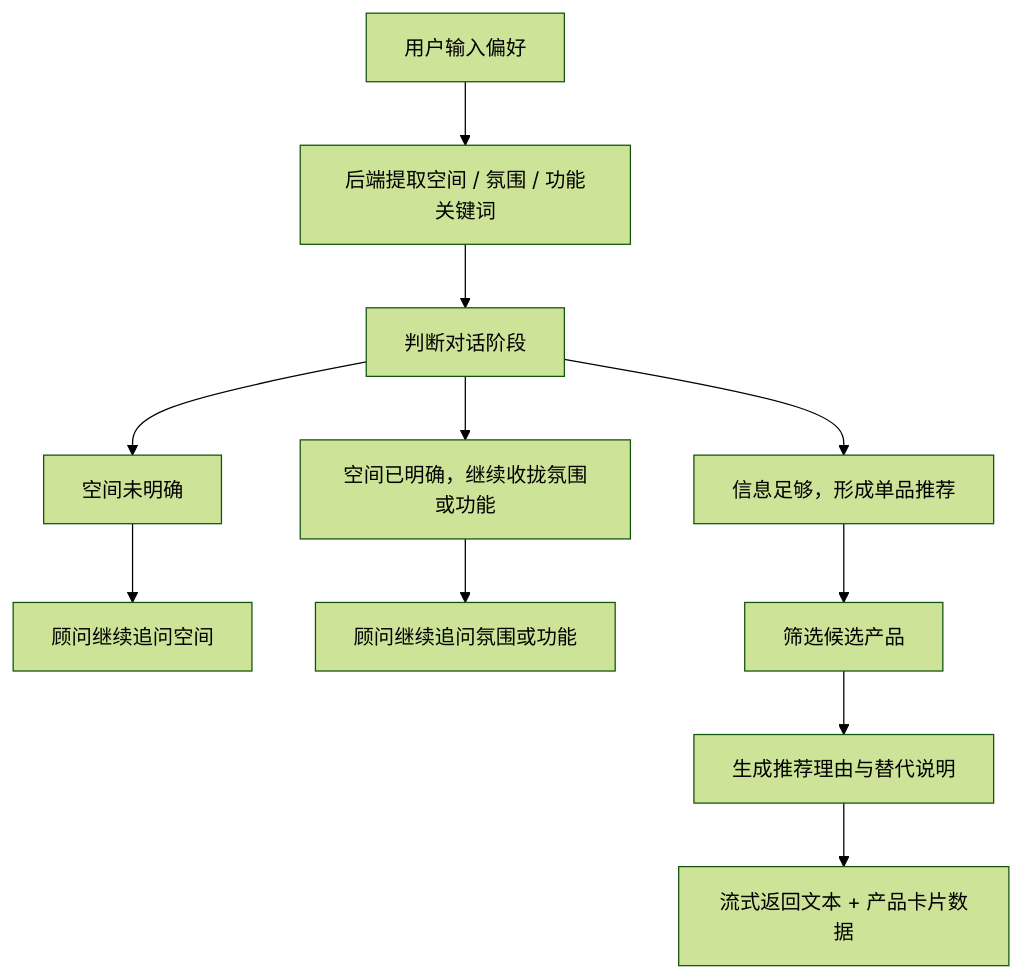
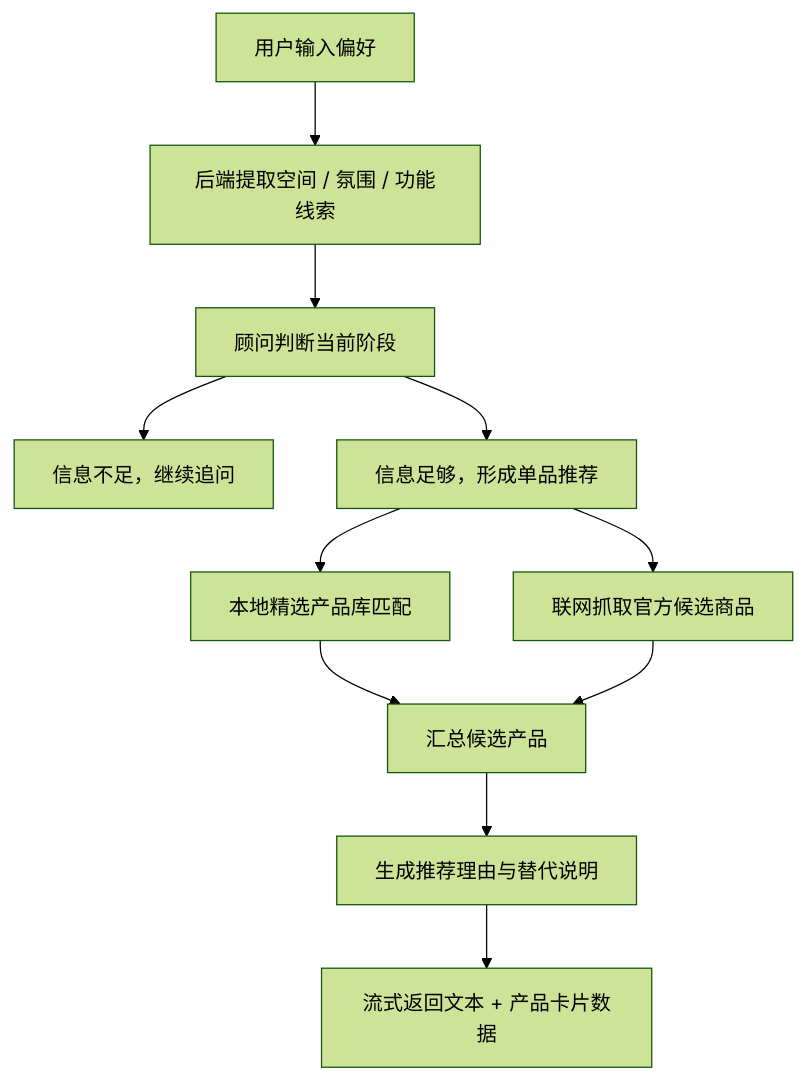
One commit to bol609619914-design/Retail-AI-Agent changed the second of 2 diagrams in README.md. Above: the diagram before and after it, drawn with Mermaid (forest theme). The commit also changed other lines of this file and 4 other files, not shown here.

````diff
--- a/README.md
+++ b/README.md
@@ -95,13 +98,13 @@
 ```mermaid
 flowchart TD
-    A["用户输入偏好"] --> B["后端提取空间 / 氛围 / 功能关键词"]
-    B --> C["判断对话阶段"]
-    C --> D["空间未明确"]
-    C --> E["空间已明确，继续收拢氛围或功能"]
-    C --> F["信息足够，形成单品推荐"]
-    D --> G["顾问继续追问空间"]
-    E --> H["顾问继续追问氛围或功能"]
-    F --> I["筛选候选产品"]
-    I --> J["生成推荐理由与替代说明"]
-    J --> K["流式返回文本 + 产品卡片数据"]
+    A["用户输入偏好"] --> B["后端提取空间 / 氛围 / 功能线索"]
+    B --> C["顾问判断当前阶段"]
+    C --> D["信息不足，继续追问"]
+    C --> E["信息足够，形成单品推荐"]
+    E --> F["本地精选产品库匹配"]
+    E --> G["联网抓取官方候选商品"]
+    F --> H["汇总候选产品"]
+    G --> H
+    H --> I["生成推荐理由与替代说明"]
+    I --> J["流式返回文本 + 产品卡片数据"]
 ```
````
